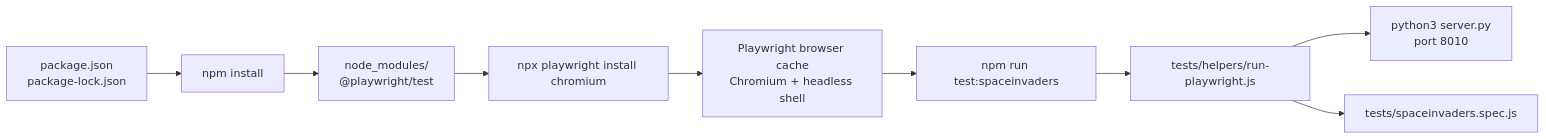
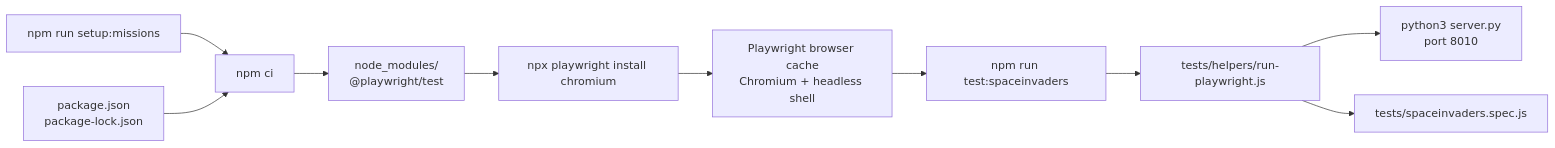
The third of 11 diagrams in docs/SPRK_Browser_Testing_And_Network_Architecture.md (Mr-PI-Bala/SPRK-Hello-Repo), drawn with Mermaid before and after one commit. The commit also changed other lines of this file and 21 other files, not shown here.

````diff
--- a/docs/SPRK_Browser_Testing_And_Network_Architecture.md
+++ b/docs/SPRK_Browser_Testing_And_Network_Architecture.md
@@ -128,11 +137,12 @@
 ```mermaid
 flowchart LR
-    PackageFiles["package.json<br>package-lock.json"] --> NpmInstall["npm install"]
+    Setup["npm run setup:missions"] --> NpmInstall["npm ci"]
+    PackageFiles["package.json<br>package-lock.json"] --> NpmInstall
     NpmInstall --> NodeModules["node_modules/<br>@playwright/test"]
     NodeModules --> Npx["npx playwright install chromium"]
     Npx --> BrowserCache["Playwright browser cache<br>Chromium + headless shell"]
     BrowserCache --> TestCommand["npm run test:spaceinvaders"]
     TestCommand --> Runner["tests/helpers/run-playwright.js"]
     Runner --> MissionServer["python3 server.py<br>port 8010"]
     Runner --> Spec["tests/spaceinvaders.spec.js"]
 ```
````
